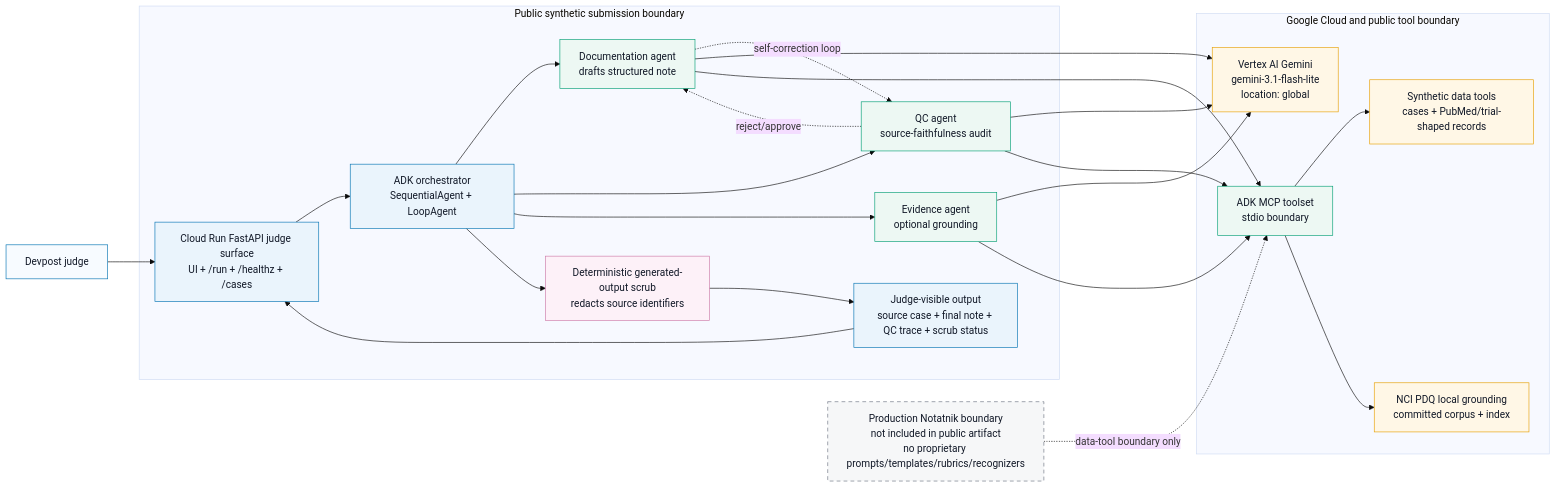
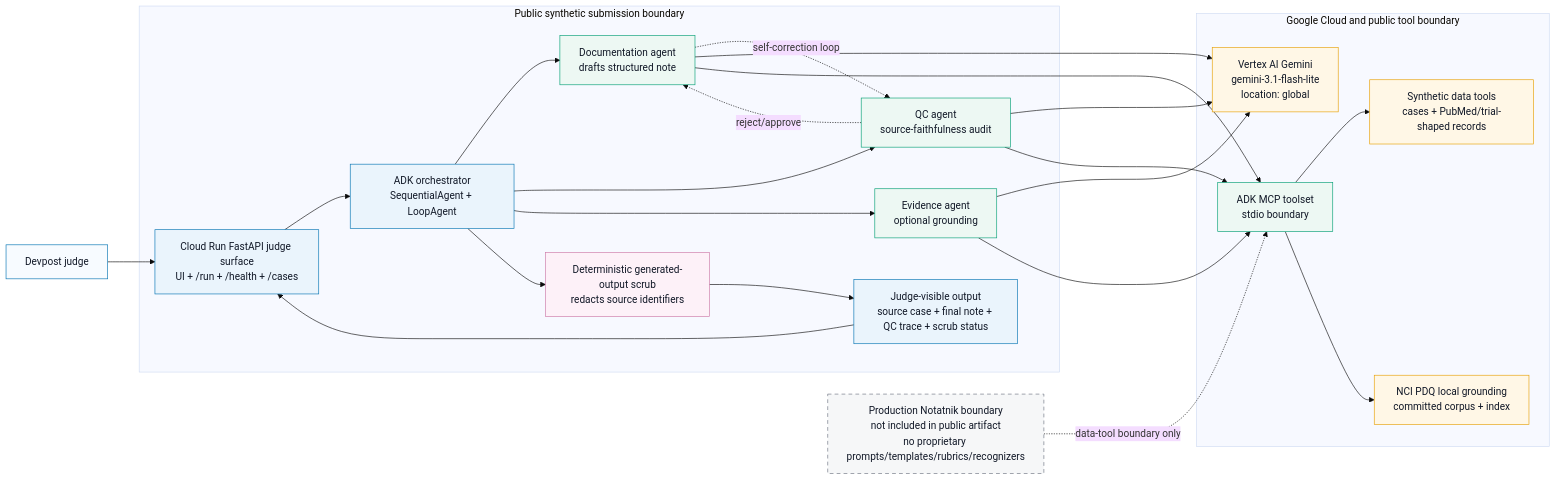
The diagram in submission/architecture.mmd (kstawiski/notatnik-adk-slice-public), drawn with Mermaid (base theme) before and after one commit. The commit also changed 7 other files, not shown here.

```diff
--- a/submission/architecture.mmd
+++ b/submission/architecture.mmd
@@ -1,54 +1,54 @@
 flowchart LR
   judge[Devpost judge]
 
   subgraph public["Public synthetic submission boundary"]
-    ui[Cloud Run FastAPI judge surface<br/>UI + /run + /healthz + /cases]
+    ui[Cloud Run FastAPI judge surface<br/>UI + /run + /health + /cases]
     adk[ADK orchestrator<br/>SequentialAgent + LoopAgent]
     doc[Documentation agent<br/>drafts structured note]
     qc[QC agent<br/>source-faithfulness audit]
     evidence[Evidence agent<br/>optional grounding]
     scrub[Deterministic generated-output scrub<br/>redacts source identifiers]
     output[Judge-visible output<br/>source case + final note + QC trace + scrub status]
   end
 
   subgraph google["Google Cloud and public tool boundary"]
     vertex[Vertex AI Gemini<br/>gemini-3.1-flash-lite<br/>location: global]
     mcp[ADK MCP toolset<br/>stdio boundary]
     synth[Synthetic data tools<br/>cases + PubMed/trial-shaped records]
     pdq[NCI PDQ local grounding<br/>committed corpus + index]
   end
 
   private[Production Notatnik boundary<br/>not included in public artifact<br/>no proprietary prompts/templates/rubrics/recognizers]
 
   judge --> ui
   ui --> adk
   adk --> doc
   adk --> qc
   adk --> evidence
   doc -. self-correction loop .-> qc
   qc -. reject/approve .-> doc
   doc --> vertex
   qc --> vertex
   evidence --> vertex
   doc --> mcp
   qc --> mcp
   evidence --> mcp
   mcp --> synth
   mcp --> pdq
   adk --> scrub
   scrub --> output
   output --> ui
   private -. data-tool boundary only .-> mcp
 
   classDef external fill:#f7fbff,stroke:#0072b2,color:#111827;
   classDef public fill:#eaf4fc,stroke:#0072b2,color:#111827;
   classDef agent fill:#edf8f3,stroke:#009e73,color:#111827;
   classDef google fill:#fff7e6,stroke:#e69f00,color:#111827;
   classDef safety fill:#fdf1f8,stroke:#cc79a7,color:#111827;
   classDef private fill:#f6f7f8,stroke:#6b7280,color:#111827,stroke-dasharray: 6 5;
   class judge external;
   class ui,adk,output public;
   class doc,qc,evidence,mcp agent;
   class vertex,synth,pdq google;
   class scrub safety;
   class private private;
```
